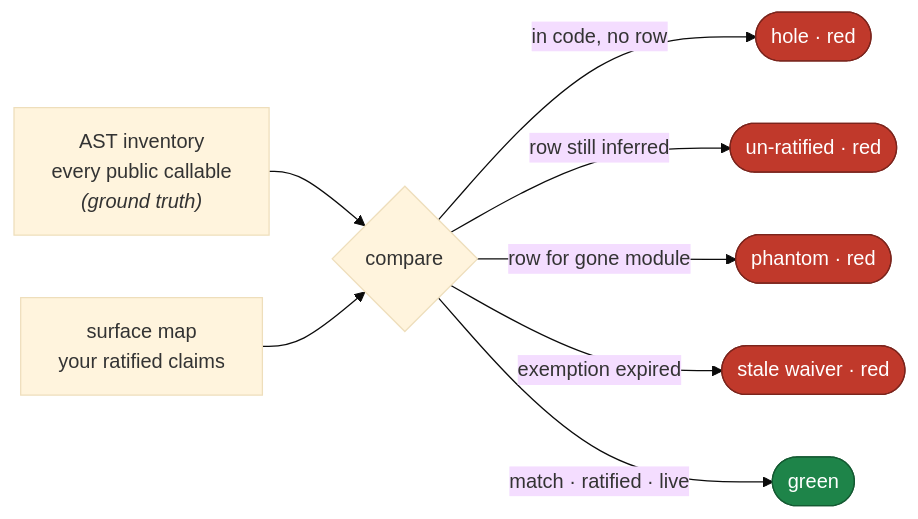
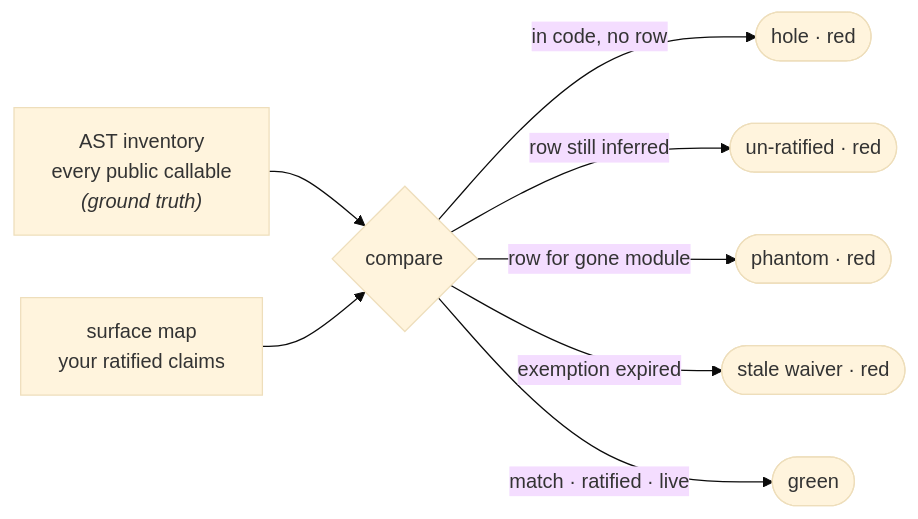
Before and after one commit to clintecker/celebrimbor: the diagram in docs/gate/surface.md, drawn with Mermaid (base theme). The commit also changed 12 other files, not shown here.

First line of the commit message:
docs: fix diagram rendering — drop hardcoded mermaid colors, real table headers

````diff
--- a/docs/gate/surface.md
+++ b/docs/gate/surface.md
@@ -26,14 +26,10 @@
 ```mermaid
 flowchart LR
     A["AST inventory<br/>every public callable<br/><em>(ground truth)</em>"] --> C{compare}
     M["surface map<br/>your ratified claims"] --> C
     C -->|"in code, no row"| H([hole · red])
     C -->|"row still inferred"| U([un-ratified · red])
     C -->|"row for gone module"| P([phantom · red])
     C -->|"exemption expired"| X([stale waiver · red])
     C -->|"match · ratified · live"| G([green])
-    classDef red fill:#c0392b,stroke:#7b241c,color:#fff
-    classDef green fill:#1e8449,stroke:#145a32,color:#fff
-    class H,U,P,X red
-    class G green
 ```
````
